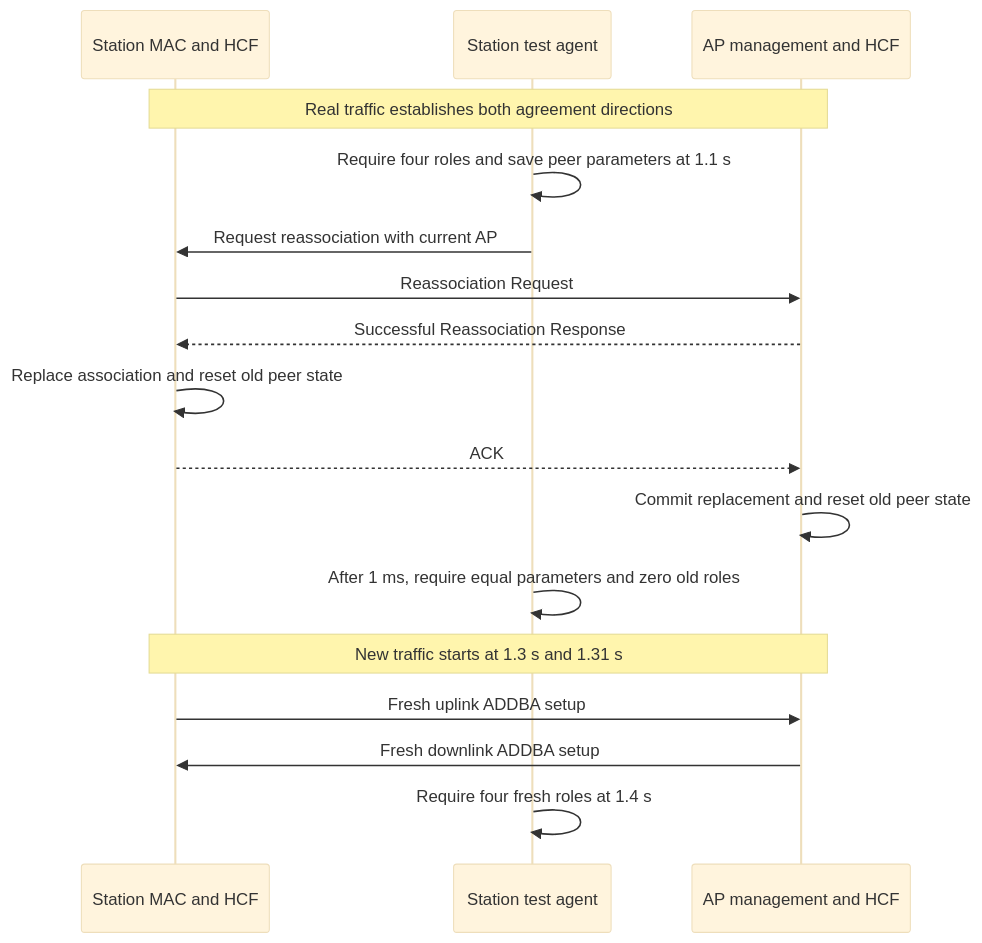
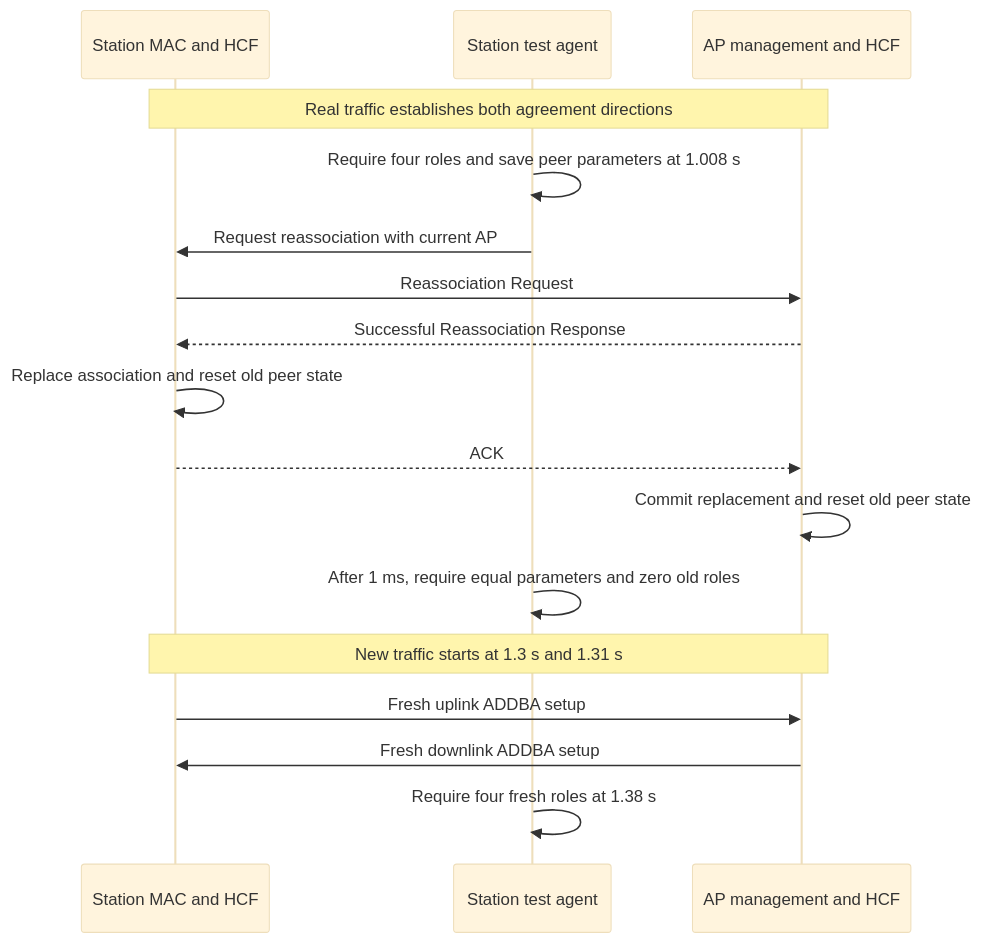
Before and after one commit to inet-framework/inet: the second of 2 diagrams in doc/project/evidence/model/wifi/tests/blockack-same-ap-reassociation.md, drawn with Mermaid (base theme). The commit also changed other lines of this file and 35 other files, not shown here.

````diff
--- a/doc/project/evidence/model/wifi/tests/blockack-same-ap-reassociation.md
+++ b/doc/project/evidence/model/wifi/tests/blockack-same-ap-reassociation.md
@@ -47,19 +49,19 @@
 ```mermaid
 sequenceDiagram
     participant S as Station MAC and HCF
     participant G as Station test agent
     participant A as AP management and HCF
     Note over S,A: Real traffic establishes both agreement directions
-    G->>G: Require four roles and save peer parameters at 1.1 s
+    G->>G: Require four roles and save peer parameters at 1.008 s
     G->>S: Request reassociation with current AP
     S->>A: Reassociation Request
     A-->>S: Successful Reassociation Response
     S->>S: Replace association and reset old peer state
     S-->>A: ACK
     A->>A: Commit replacement and reset old peer state
     G->>G: After 1 ms, require equal parameters and zero old roles
     Note over S,A: New traffic starts at 1.3 s and 1.31 s
     S->>A: Fresh uplink ADDBA setup
     A->>S: Fresh downlink ADDBA setup
-    G->>G: Require four fresh roles at 1.4 s
+    G->>G: Require four fresh roles at 1.38 s
 ```
````
